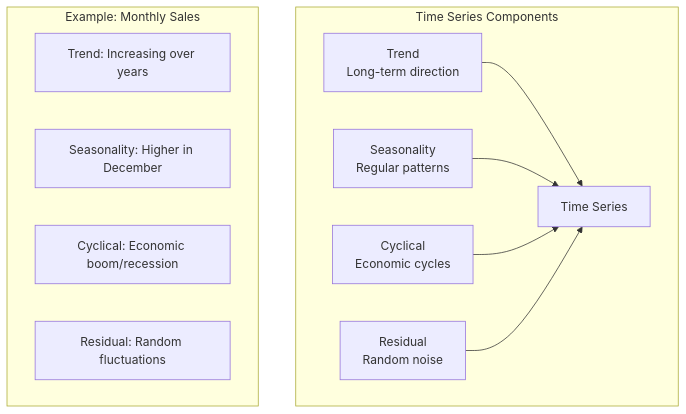
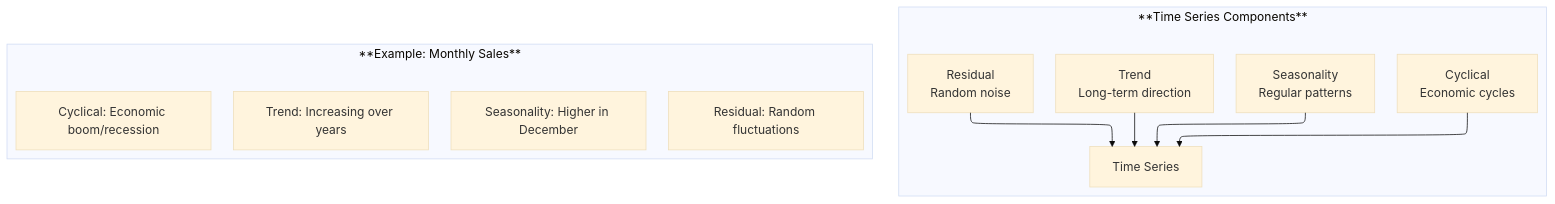
Before and after one commit to Vineet-Sharma-Medium-Stories/Medium-Build-Tool: the diagram in The 2026 AI Metromap/The 2026 AI Metromap: Time Series Forecasting – ARIMA, LSTM, and Transformers.md, drawn with Mermaid. The commit also changed 37 other files, not shown here.

````diff
--- a/The 2026 AI Metromap/The 2026 AI Metromap: Time Series Forecasting – ARIMA, LSTM, and Transformers.md
+++ b/The 2026 AI Metromap/The 2026 AI Metromap: Time Series Forecasting – ARIMA, LSTM, and Transformers.md
@@ -71,16 +71,21 @@
 ```mermaid
+---
+config:
+  theme: base
+  layout: elk
+---
 graph TD
-    subgraph "Time Series Components"
+    subgraph "**Time Series Components**"
         T[Trend<br/>Long-term direction] --> TS[Time Series]
         S[Seasonality<br/>Regular patterns] --> TS
         C[Cyclical<br/>Economic cycles] --> TS
         R[Residual<br/>Random noise] --> TS
     end
     
-    subgraph "Example: Monthly Sales"
+    subgraph "**Example: Monthly Sales**"
         TR[Trend: Increasing over years]
         SE[Seasonality: Higher in December]
         CY[Cyclical: Economic boom/recession]
         RE[Residual: Random fluctuations]
     end
 ```
````
